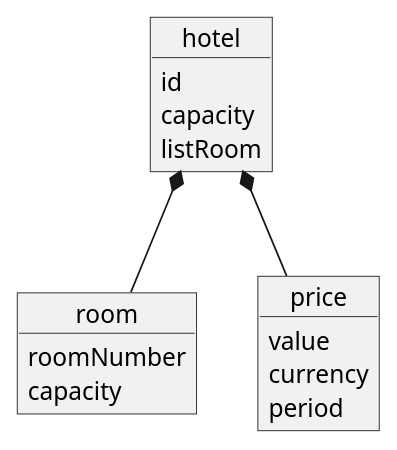
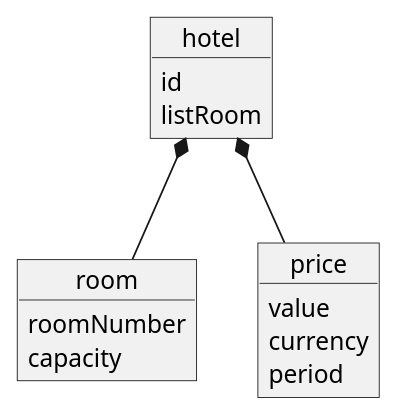
The diagram in docs/preparation/hotel.puml (tanguybernard/ddd-demo-booking), drawn with PlantUML before and after one commit. The commit also changed 59 other files, not shown here.

```diff
--- a/docs/preparation/hotel.puml
+++ b/docs/preparation/hotel.puml
@@ -1,23 +1,22 @@
 @startuml
 
 object hotel
 hotel : id
-hotel : capacity
 hotel : listRoom
 
 object room
 
 room : roomNumber
 room : capacity
 
 hotel *-- room
 
 object price
 
 price : value
 price : currency
 price : period
 
 hotel *-- price
 
 @enduml
```
